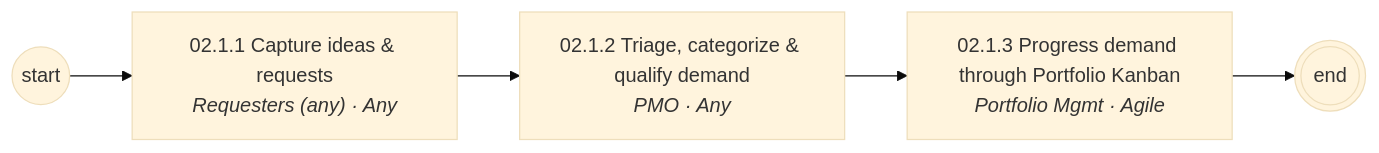
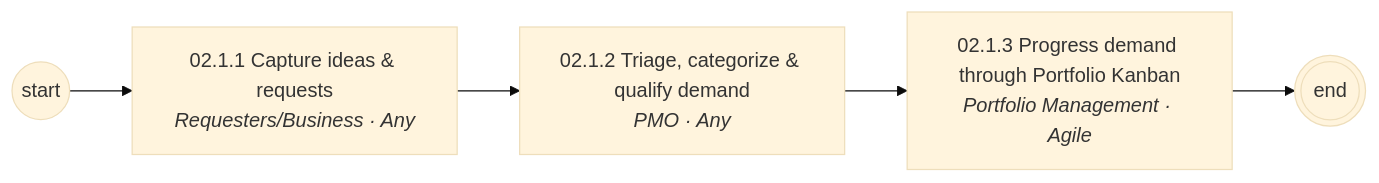
One commit to corbyjames/apptio-process-catalog changed the second of 6 diagrams in diagrams/mermaid/area-02.md. Above: the diagram before and after it, drawn with Mermaid (base theme). The commit also changed other lines of this file and 251 other files, not shown here.

````diff
--- a/diagrams/mermaid/area-02.md
+++ b/diagrams/mermaid/area-02.md
@@ -25,11 +25,11 @@
 ```mermaid
 flowchart LR
   S((start))
-  N02_1_1["02.1.1 Capture ideas & requests<br/><i>Requesters (any) · Any</i>"]
+  N02_1_1["02.1.1 Capture ideas & requests<br/><i>Requesters/Business · Any</i>"]
   S --> N02_1_1
   N02_1_2["02.1.2 Triage, categorize & qualify demand<br/><i>PMO · Any</i>"]
   N02_1_1 --> N02_1_2
-  N02_1_3["02.1.3 Progress demand through Portfolio Kanban<br/><i>Portfolio Mgmt · Agile</i>"]
+  N02_1_3["02.1.3 Progress demand through Portfolio Kanban<br/><i>Portfolio Management · Agile</i>"]
   N02_1_2 --> N02_1_3
   N02_1_3 --> E(((end)))
 ```
````
